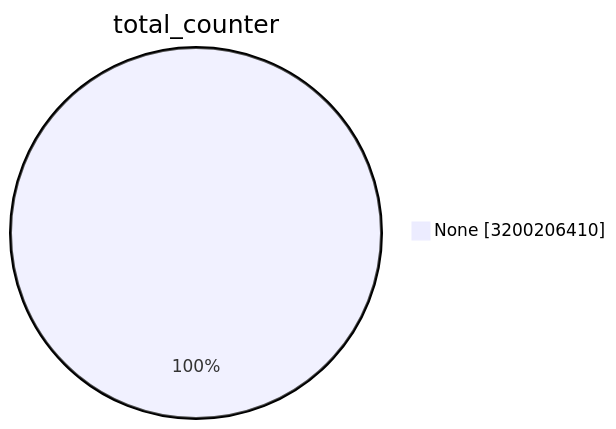
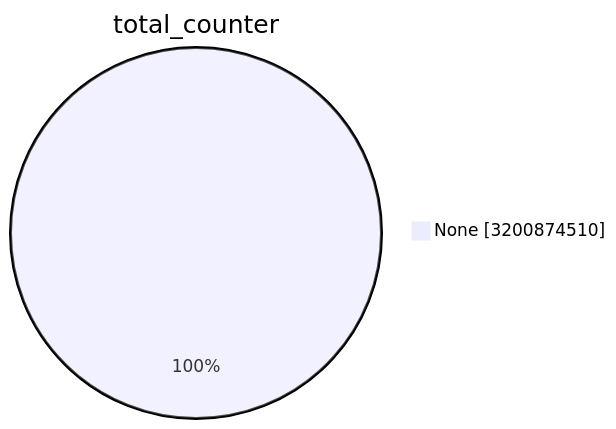
One commit to christiankrug/ctmonitor_visualization changed the first of 15 diagrams in TOTAL/README.md. Above: the diagram before and after it, drawn with Mermaid. The commit also changed other lines of this file, not shown here.

````diff
--- a/TOTAL/README.md
+++ b/TOTAL/README.md
@@ -1,5 +1,5 @@
 ```mermaid
 pie showData
 title total_counter
-"None" :3200206410
+"None" :3200874510
 ```
````
